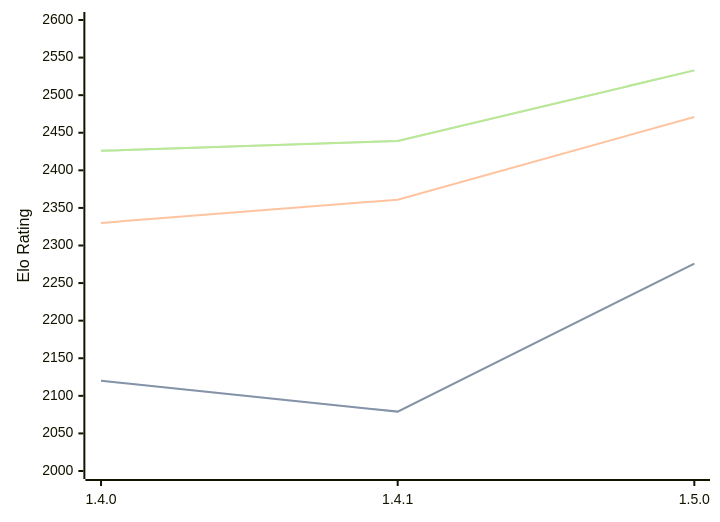
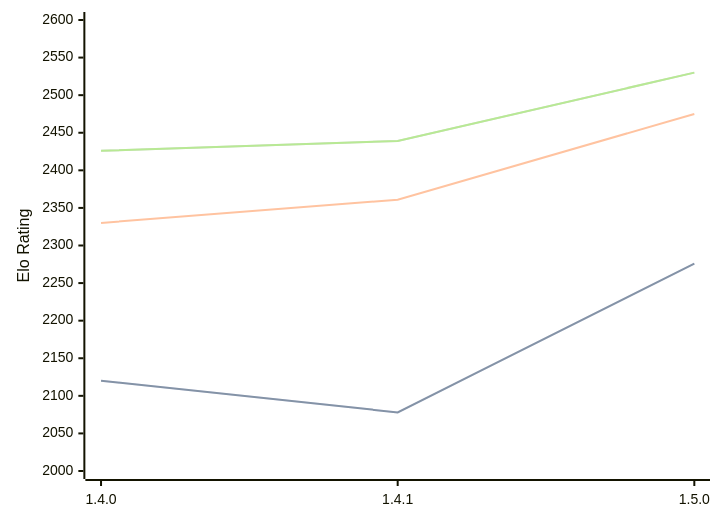
One commit to computer-chess-index/cci changed the diagram in engines/Tofiks.md. Above: the diagram before and after it, drawn with Mermaid. The commit also changed other lines of this file, not shown here.

Commit message:
Update CCI Ratings (ELO VLTC) - 2026-04-27

````diff
--- a/engines/Tofiks.md
+++ b/engines/Tofiks.md
@@ -37,11 +37,11 @@
 ```mermaid
 %%{init: {"theme":"base","themeVariables":{"seriesColors:['#a3a3a3','#222221','#faa371']}}}%%
 xychart-beta
   x-axis ["1.4.0", "1.4.1", "1.5.0"]
   y-axis "Elo Rating" 2000 --> 2600
-  line "STC (8.0+0.08s)" [2120, 2079, 2276]
-  line "STC (8.0+0.08s)" [2120, 2079, 2276]
-  line "LTC (60.0+0.60s)" [2330, 2361, 2471]
-  line "VLTC (2m24s+1.12s)" [2426, 2439, 2533]
-  line "VLTC (2m24s+1.12s)" [2426, 2439, 2533]
+  line "STC (8.0+0.08s)" [2120, 2078, 2276]
+  line "STC (8.0+0.08s)" [2120, 2078, 2276]
+  line "LTC (60.0+0.60s)" [2330, 2361, 2475]
+  line "VLTC (2m24s+1.12s)" [2426, 2439, 2530]
+  line "VLTC (2m24s+1.12s)" [2426, 2439, 2530]
 ```
````
